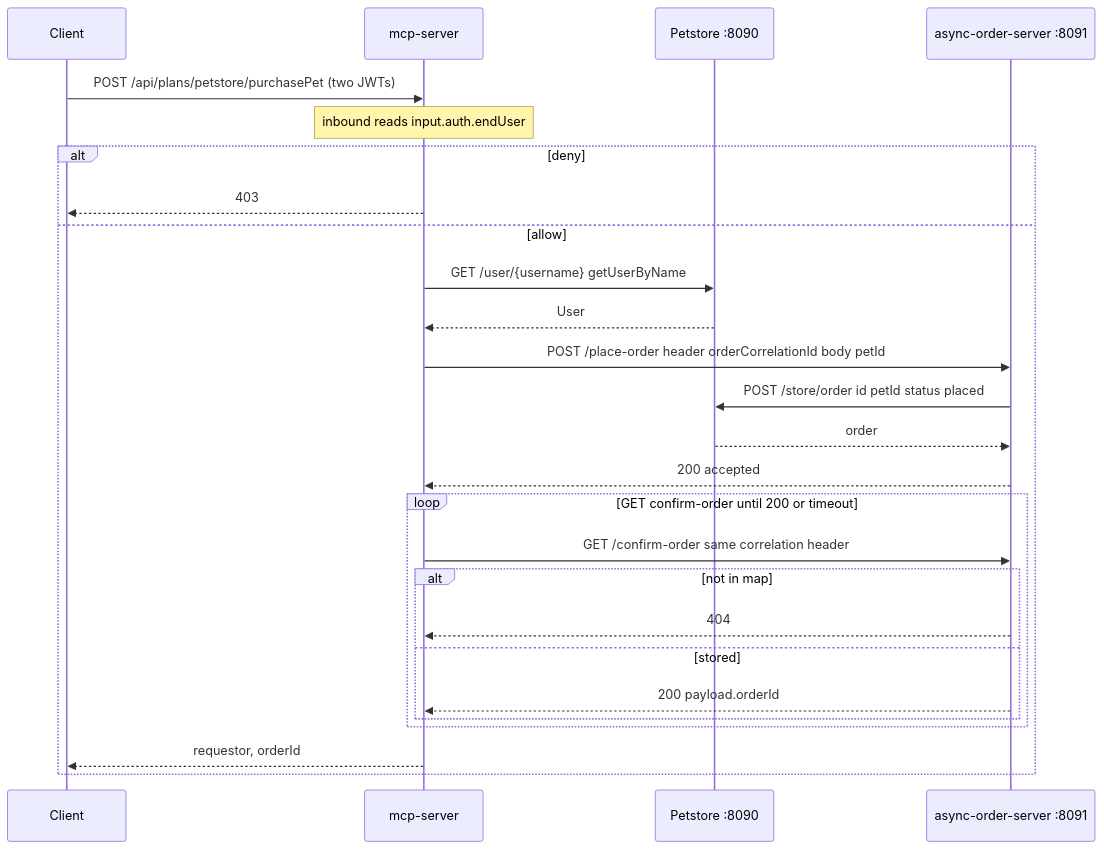
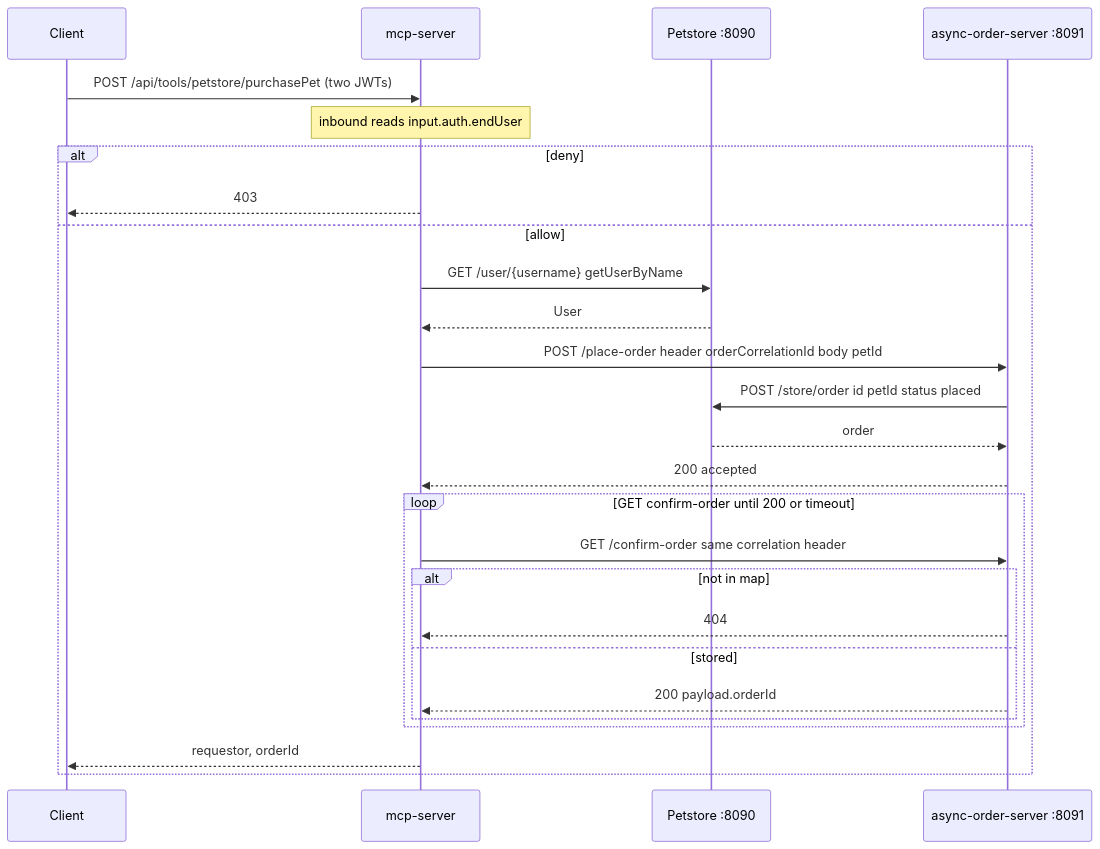
The sixth of 10 diagrams in examples/petstore/README.md (mevansam/context-mesh-engine), drawn with Mermaid before and after one commit. The commit also changed other lines of this file, not shown here.

First line of the commit message:
Update README.md to reflect new API endpoint structure and security requirements

````diff
--- a/examples/petstore/README.md
+++ b/examples/petstore/README.md
@@ -328,29 +338,29 @@
 ```mermaid
 sequenceDiagram
   participant C as Client
   participant H as mcp-server
   participant P as Petstore :8090
   participant A as async-order-server :8091
 
-  C->>H: POST /api/plans/petstore/purchasePet (two JWTs)
+  C->>H: POST /api/tools/petstore/purchasePet (two JWTs)
   Note over H: inbound reads input.auth.endUser
   alt deny
     H-->>C: 403
   else allow
     H->>P: GET /user/{username} getUserByName
     P-->>H: User
     H->>A: POST /place-order header orderCorrelationId body petId
     A->>P: POST /store/order id petId status placed
     P-->>A: order
     A-->>H: 200 accepted
     loop GET confirm-order until 200 or timeout
       H->>A: GET /confirm-order same correlation header
       alt not in map
         A-->>H: 404
       else stored
         A-->>H: 200 payload.orderId
       end
     end
     H-->>C: requestor, orderId
   end
 ```
````
